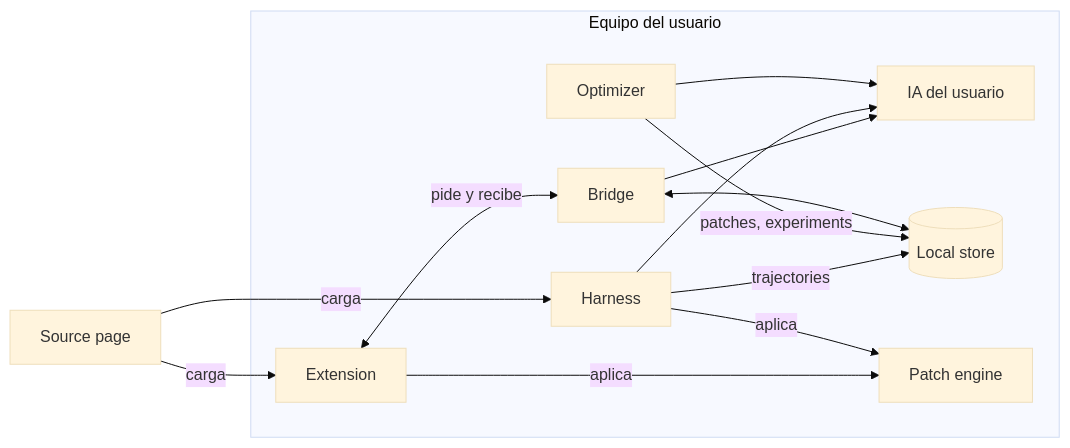
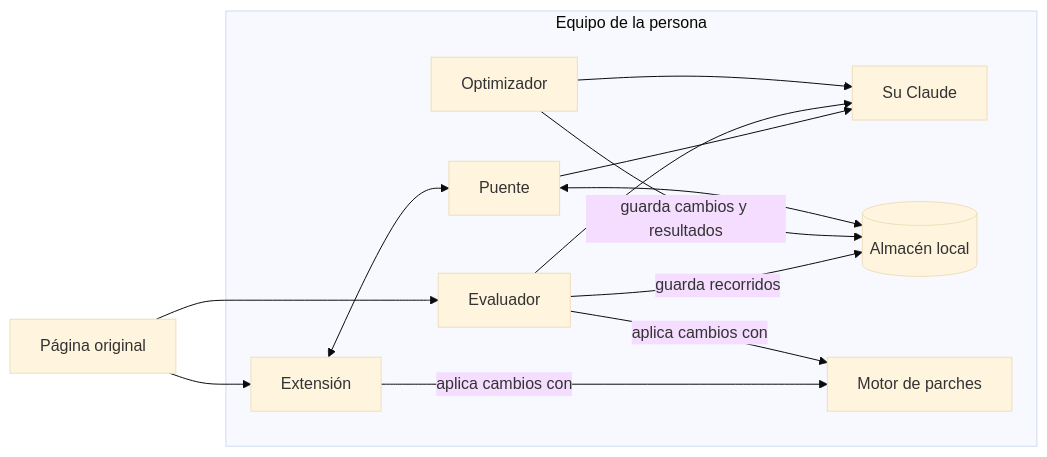
Before and after one commit to platanus-hack/platanus-hack-26-cl-team-36: the diagram in docs/index.md, drawn with Mermaid (base theme). The commit also changed other lines of this file and 7 other files, not shown here.

````diff
--- a/docs/index.md
+++ b/docs/index.md
@@ -28,24 +70,24 @@
 ```mermaid
 flowchart LR
-  WEB["Source page"]
-  subgraph EQ["Equipo del usuario"]
-    EXT["Extension"]
-    BR["Bridge"]
-    AI["IA del usuario"]
-    ST[("Local store")]
-    HA["Harness"]
-    OP["Optimizer"]
-    PE["Patch engine"]
+  WEB["Página original"]
+  subgraph EQ["Equipo de la persona"]
+    EXT["Extensión"]
+    PU["Puente"]
+    IA["Su Claude"]
+    AL[("Almacén local")]
+    EV["Evaluador"]
+    OP["Optimizador"]
+    MO["Motor de parches"]
   end
-  WEB -->|"carga"| EXT
-  WEB -->|"carga"| HA
-  EXT -->|"aplica"| PE
-  HA -->|"aplica"| PE
-  EXT <-->|"pide y recibe"| BR
-  BR --> AI
-  HA --> AI
-  OP --> AI
-  HA -->|"trajectories"| ST
-  OP -->|"patches, experiments"| ST
-  BR <--> ST
+  WEB --> EXT
+  WEB --> EV
+  EXT -->|"aplica cambios con"| MO
+  EV -->|"aplica cambios con"| MO
+  EXT <--> PU
+  PU --> IA
+  EV --> IA
+  OP --> IA
+  EV -->|"guarda recorridos"| AL
+  OP -->|"guarda cambios y resultados"| AL
+  PU <--> AL
 ```
````
